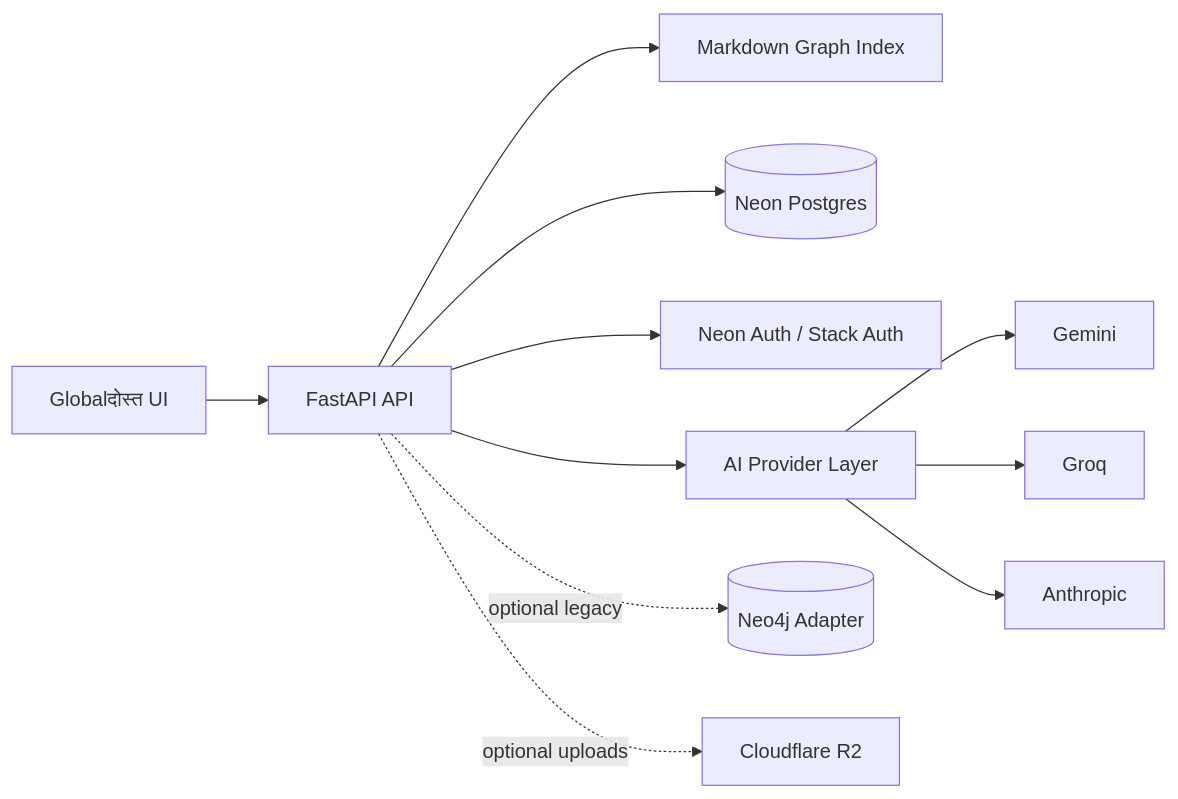
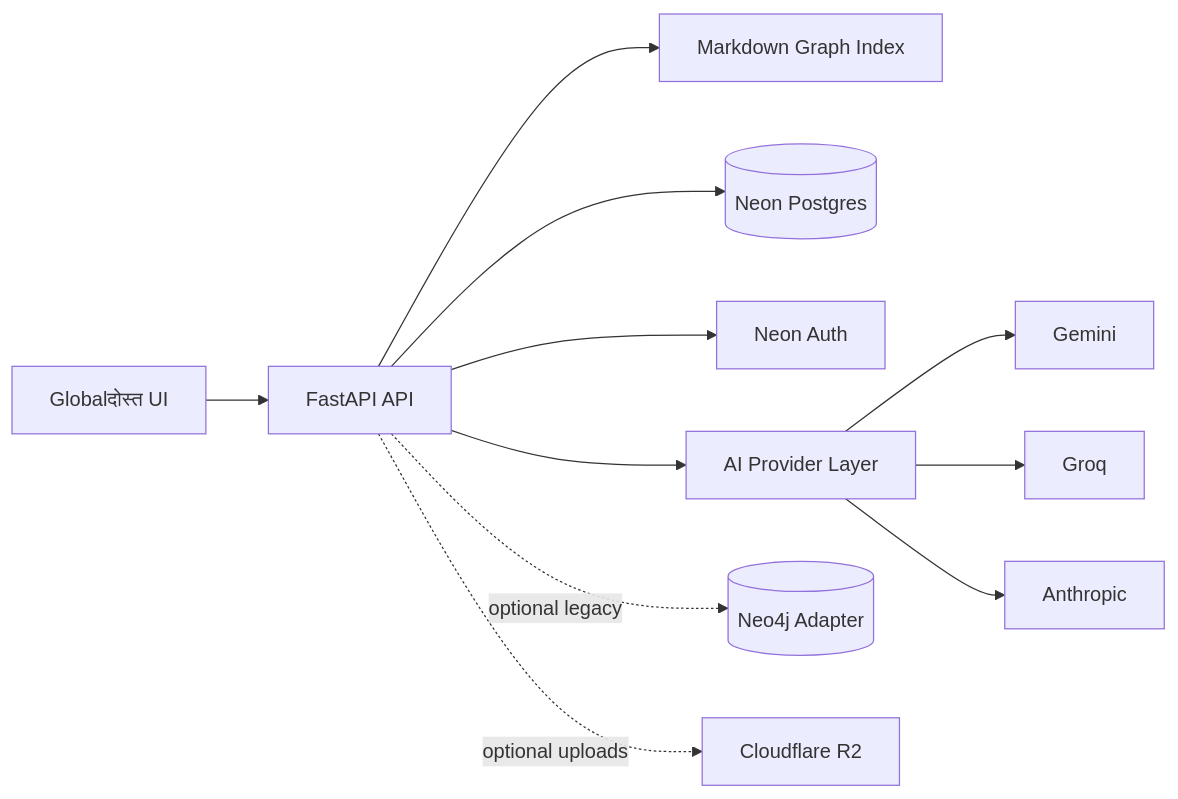
The first of 2 diagrams in docs/architecture.md (ikathuria/GlobalBuddy), drawn with Mermaid before and after one commit. The commit also changed other lines of this file and 33 other files, not shown here.

Commit message:
Complete Neon auth persistence milestone

````diff
--- a/docs/architecture.md
+++ b/docs/architecture.md
@@ -6,13 +6,13 @@
 ```mermaid
 flowchart LR
   U[Globalदोस्त UI] --> B[FastAPI API]
   B --> KG[Markdown Graph Index]
   B --> DB[(Neon Postgres)]
-  B --> AUTH[Neon Auth / Stack Auth]
+  B --> AUTH[Neon Auth]
   B --> A[AI Provider Layer]
   A --> G[Gemini]
   A --> GR[Groq]
   A --> AN[Anthropic]
   B -. optional legacy .-> N[(Neo4j Adapter)]
   B -. optional uploads .-> R2[Cloudflare R2]
 ```
````
